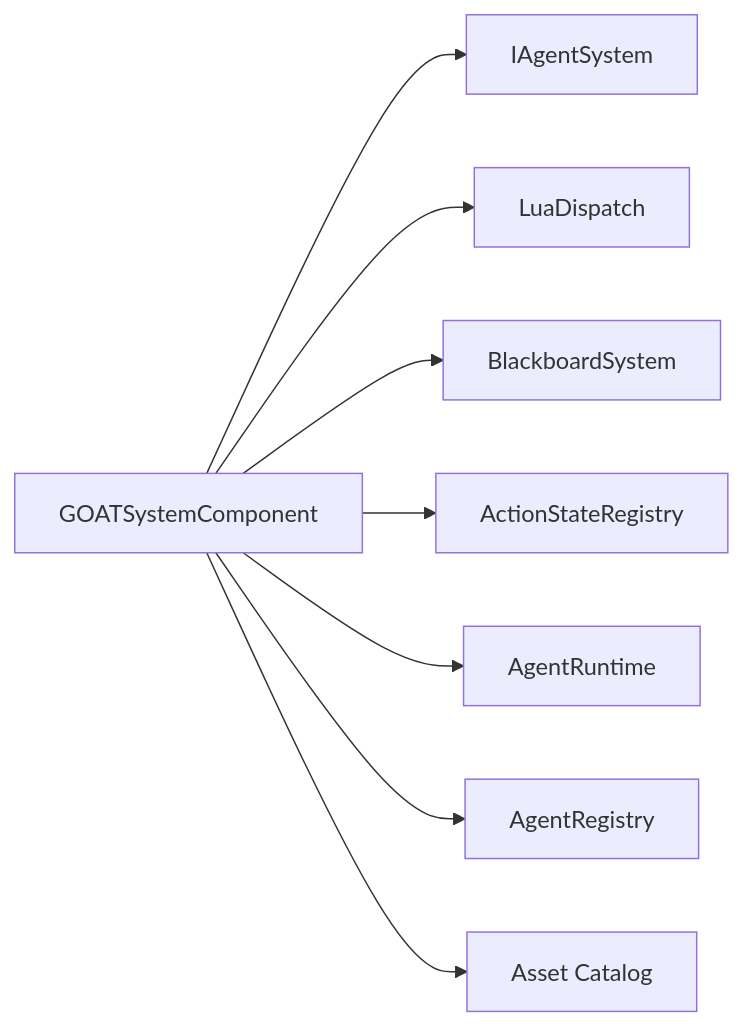
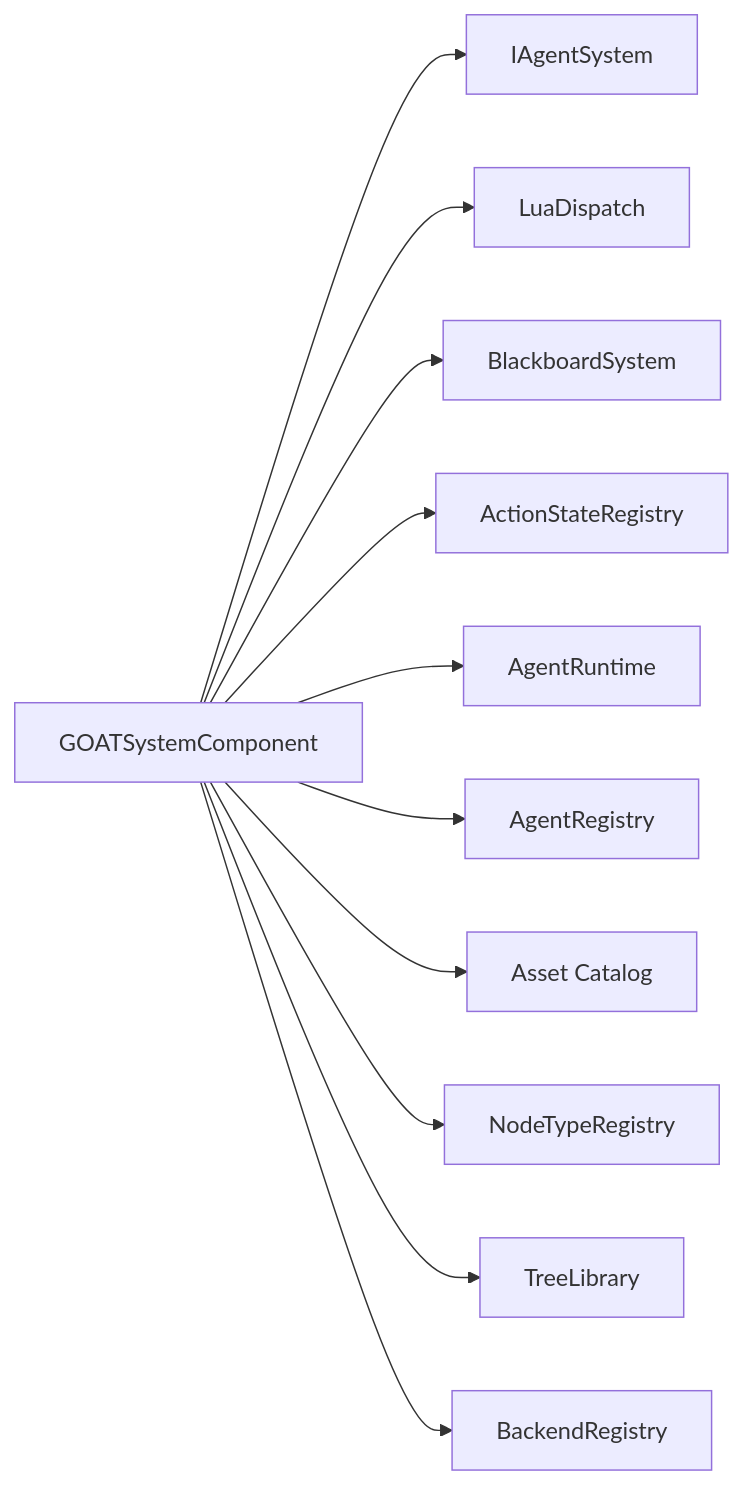
The diagram in Docs/02 - C++ Components/GOATSystemComponent.md (jabbadablack/G.O.A.T), drawn with Mermaid before and after one commit. The commit also changed other lines of this file and 82 other files, not shown here.

````diff
--- a/Docs/02 - C++ Components/GOATSystemComponent.md
+++ b/Docs/02 - C++ Components/GOATSystemComponent.md
@@ -68,10 +74,13 @@
 ```mermaid
 graph LR
     A[GOATSystemComponent] --> B[IAgentSystem]
     A --> C[LuaDispatch]
     A --> D[BlackboardSystem]
     A --> E[ActionStateRegistry]
     A --> F[AgentRuntime]
     A --> G[AgentRegistry]
     A --> H[Asset Catalog]
+    A --> I[NodeTypeRegistry]
+    A --> J[TreeLibrary]
+    A --> K[BackendRegistry]
 ```
````
